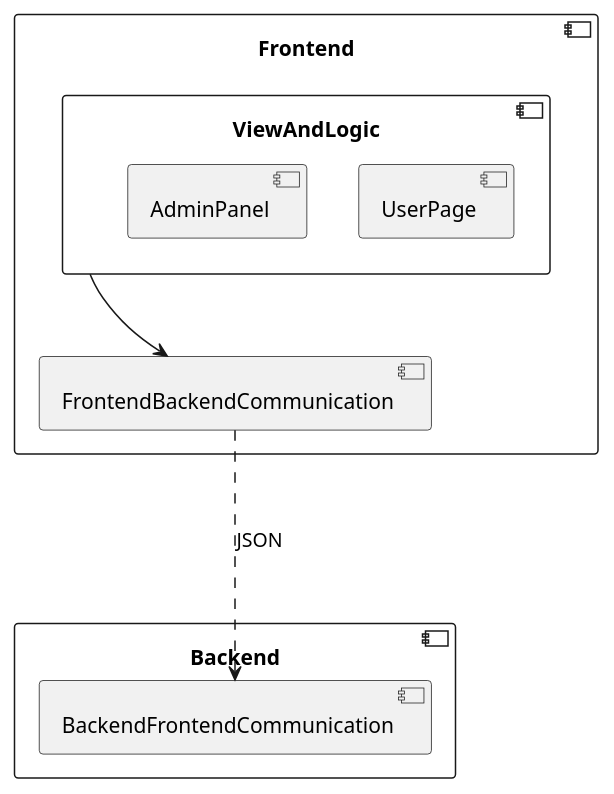
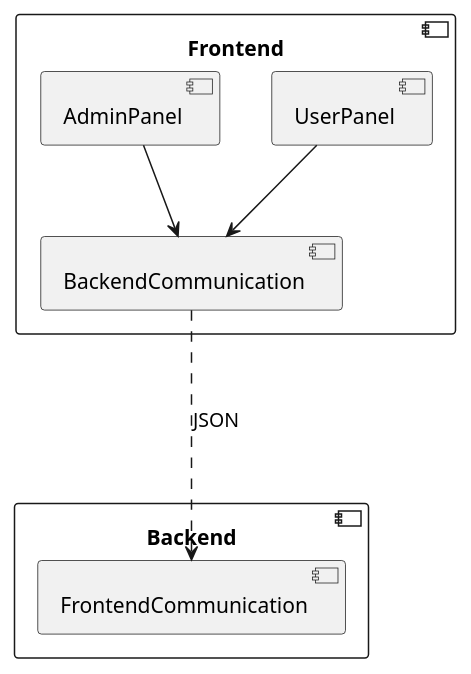
The diagram in frontend/Frontend.md (RadekBucki/OpinionCollectorArchitecture), drawn with PlantUML before and after one commit. The commit also changed 8 other files, not shown here.

````diff
--- a/frontend/Frontend.md
+++ b/frontend/Frontend.md
@@ -3,25 +3,25 @@
 ```plantuml
 @startuml
     
 component Frontend {
-    component ViewAndLogic {
-        component UserPage {
-        }
-        component AdminPanel {
-        }
+    component UserPanel {
     }
     
-    component FrontendBackendCommunication {
+    component AdminPanel {
+    }
+    
+    component BackendCommunication {
     }
 }
 
 component Backend {
-    component BackendFrontendCommunication {
+    component FrontendCommunication {
     }
 }
 
-FrontendBackendCommunication --.> BackendFrontendCommunication: JSON
-ViewAndLogic                 -->  FrontendBackendCommunication
+BackendCommunication ...> FrontendCommunication: JSON
+UserPanel            -->  BackendCommunication
+AdminPanel           -->  BackendCommunication
 
 @enduml 
 ```
````
